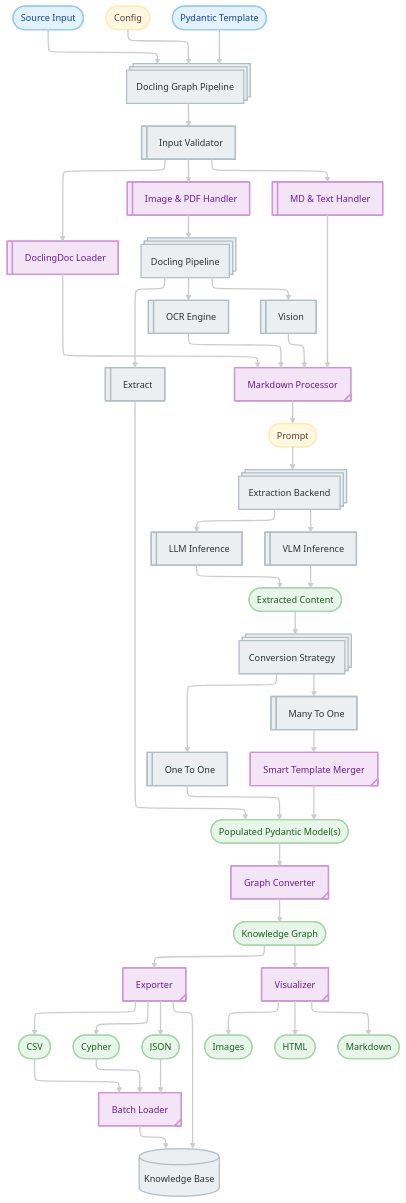
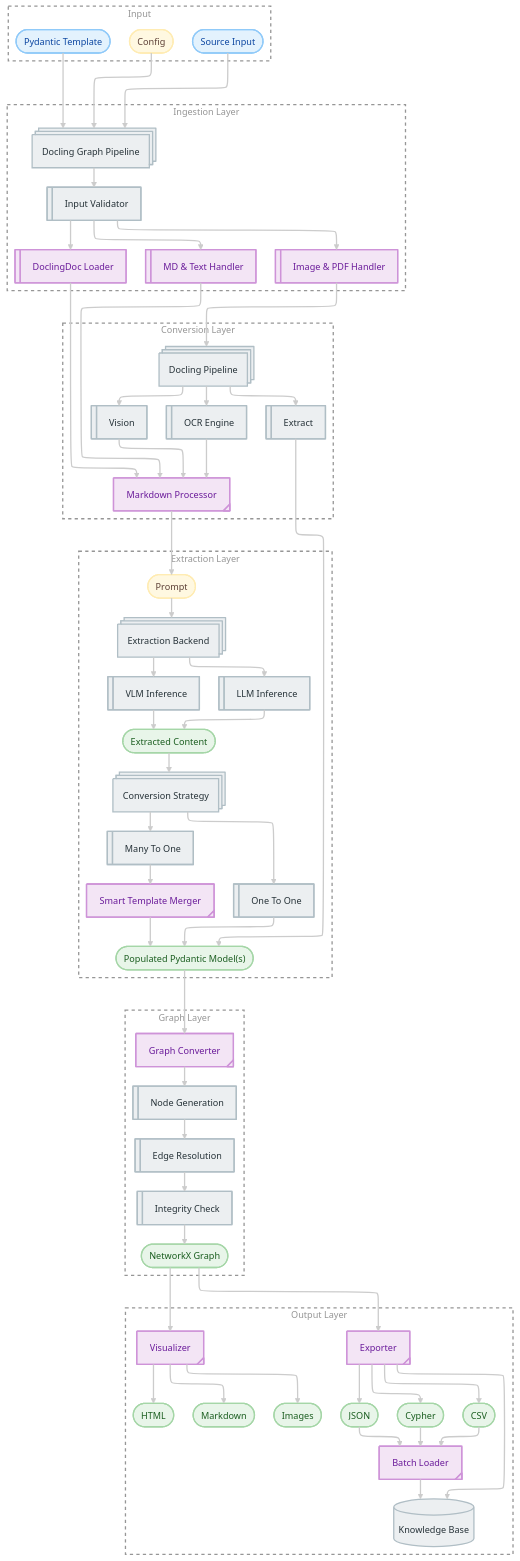
The diagram in docs/assets/flowcharts/architecture.md (IBM/docling-graph), drawn with Mermaid before and after one commit. The commit also changed 19 other files, not shown here.

````diff
--- a/docs/assets/flowcharts/architecture.md
+++ b/docs/assets/flowcharts/architecture.md
@@ -9,55 +9,74 @@
     classDef data fill:#EDE7F6,stroke:#B39DDB,color:#4527A0
     classDef operator fill:#F3E5F5,stroke:#CE93D8,color:#6A1B9A
     classDef process fill:#ECEFF1,stroke:#B0BEC5,color:#263238
+    
+    %% Transparent Subgraph Style
+    classDef subgraph_style fill:none,stroke:#969696,stroke-width:2px,stroke-dasharray: 5 5,color:#969696
 
-    %% 2. Define Nodes
-    A@{ shape: terminal, label: "Source Input" }
-    n2@{ shape: terminal, label: "Config" }
-    n3@{ shape: terminal, label: "Pydantic Template" }
+    %% 2. Define Nodes & Subgraphs
+    
+    subgraph S1 ["Input"]
+        A@{ shape: terminal, label: "Source Input" }
+        n2@{ shape: terminal, label: "Config" }
+        n3@{ shape: terminal, label: "Pydantic Template" }
+    end
 
-    n4@{ shape: procs, label: "Docling Graph Pipeline" }
-    n35@{ shape: lin-proc, label: "Input Validator" }
-    
-    %% HANDLERS
-    n37@{ shape: lin-proc, label: "Image & PDF Handler" }
-    n39@{ shape: lin-proc, label: "DoclingDoc Loader" }
-    n40@{ shape: lin-proc, label: "MD & Text Handler" }
+    subgraph S2 ["Ingestion Layer"]
+        n4@{ shape: procs, label: "Docling Graph Pipeline" }
+        n35@{ shape: lin-proc, label: "Input Validator" }
+        
+        %% HANDLERS
+        n37@{ shape: lin-proc, label: "Image & PDF Handler" }
+        n39@{ shape: lin-proc, label: "DoclingDoc Loader" }
+        n40@{ shape: lin-proc, label: "MD & Text Handler" }
+    end
 
-    %% Removed n5 (Extraction Factory)
+    subgraph S3 ["Conversion Layer"]
+        n6@{ shape: procs, label: "Docling Pipeline" }
+        %% Defined first to prioritize placement
+        n25@{ shape: lin-proc, label: "Extract" } 
+        n7@{ shape: lin-proc, label: "OCR Engine" }
+        n8@{ shape: lin-proc, label: "Vision" }
+        n9@{ shape: tag-proc, label: "Markdown Processor" }
+    end
 
-    n6@{ shape: procs, label: "Docling Pipeline" }
-    %% Defined first to prioritize placement
-    n25@{ shape: lin-proc, label: "Extract" } 
-    n7@{ shape: lin-proc, label: "OCR Engine" }
-    n8@{ shape: lin-proc, label: "Vision" }
-    n9@{ shape: tag-proc, label: "Markdown Processor" }
+    subgraph S4 ["Extraction Layer"]
+        n16@{ shape: terminal, label: "Prompt" }
+        n13@{ shape: procs, label: "Extraction Backend" }
+        n14@{ shape: lin-proc, label: "LLM Inference" }
+        n15@{ shape: lin-proc, label: "VLM Inference" }
+        n17@{ shape: terminal, label: "Extracted Content" }
+        n10@{ shape: procs, label: "Conversion Strategy" }
+        n11@{ shape: lin-proc, label: "One To One" }
+        n12@{ shape: lin-proc, label: "Many To One" }
+        n18@{ shape: tag-proc, label: "Smart Template Merger" }
+        n20@{ shape: terminal, label: "Populated Pydantic Model(s)" }
+    end
 
-    n16@{ shape: terminal, label: "Prompt" }
-    n13@{ shape: procs, label: "Extraction Backend" }
-    n14@{ shape: lin-proc, label: "LLM Inference" }
-    n15@{ shape: lin-proc, label: "VLM Inference" }
-    n17@{ shape: terminal, label: "Extracted Content" }
+    subgraph S6 ["Graph Layer"]
+        %% ENTRY POINT
+        n21@{ shape: tag-proc, label: "Graph Converter" }
+        
+        %% INTERNAL STEPS
+        n21a@{ shape: lin-proc, label: "Node Generation" }
+        n21b@{ shape: lin-proc, label: "Edge Resolution" }
+        n21c@{ shape: lin-proc, label: "Integrity Check" }
+        
+        n22@{ shape: terminal, label: "NetworkX Graph" }
+    end
 
-    n10@{ shape: procs, label: "Conversion Strategy" }
-    n11@{ shape: lin-proc, label: "One To One" }
-    n12@{ shape: lin-proc, label: "Many To One" }
-    n18@{ shape: tag-proc, label: "Smart Template Merger" }
-    n20@{ shape: terminal, label: "Populated Pydantic Model(s)" }
-
-    n21@{ shape: tag-proc, label: "Graph Converter" }
-    n22@{ shape: terminal, label: "Knowledge Graph" }
-
-    n23@{ shape: tag-proc, label: "Exporter" }
-    n29@{ shape: terminal, label: "CSV" }
-    n30@{ shape: terminal, label: "Cypher" }
-    n31@{ shape: terminal, label: "JSON" }
-    n34@{ shape: tag-proc, label: "Batch Loader" }
-    n33@{ shape: db, label: "Knowledge Base" }
-
-    n24@{ shape: tag-proc, label: "Visualizer" }
-    n28@{ shape: terminal, label: "Images" }
-    n27@{ shape: terminal, label: "HTML" }
-    n26@{ shape: terminal, label: "Markdown" }
+    subgraph S7 ["Output Layer"]
+        n23@{ shape: tag-proc, label: "Exporter" }
+        n29@{ shape: terminal, label: "CSV" }
+        n30@{ shape: terminal, label: "Cypher" }
+        n31@{ shape: terminal, label: "JSON" }
+        n34@{ shape: tag-proc, label: "Batch Loader" }
+        n33@{ shape: db, label: "Knowledge Base" }
+        n24@{ shape: tag-proc, label: "Visualizer" }
+        n28@{ shape: terminal, label: "Images" }
+        n27@{ shape: terminal, label: "HTML" }
+        n26@{ shape: terminal, label: "Markdown" }
+    end
 
     %% 3. Define Connections
     A & n2 & n3 --> n4
@@ -67,42 +86,48 @@
     n35 --> n37 & n39 & n40
     
     %% HANDLER CONNECTIONS
-    %% n37 (Image/PDF) -> n6 (Pipeline/OCR) -> n9 (Markdown)
     n37 --> n6
-    
-    %% n39 (Loader) & n40 (Text) -> Direct to n9 (Markdown)
     n39 --> n9
     n40 --> n9
     
-    %% n25 first to encourage left placement
+    %% Processing
     n6 --> n25 & n7 & n8
+    n7 & n8 --> n9
     
-    n7 & n8 --> n9
+    %% Extraction
     n9 --> n16
     n16 --> n13
-    
     n13 --> n14 & n15
     n14 & n15 --> n17
     n17 --> n10
     
+    %% Strategy
     n10 --> n11 & n12
     n12 --> n18
     n11 & n18 & n25 --> n20
     
+    %% Graph (Updated Flow)
     n20 --> n21
-    n21 --> n22
+    n21 --> n21a
+    n21a --> n21b
+    n21b --> n21c
+    n21c --> n22
     n22 --> n23 & n24
     
+    %% Export
     n23 --> n29 & n30 & n31 & n33
     n29 & n30 & n31 --> n34
     n34 --> n33
     
+    %% Visuals
     n24 --> n28 & n27 & n26
 
     %% 4. Apply Classes
     class A,n3 input
     class n2,n16 config
     class n4,n35,n6,n7,n8,n25,n13,n14,n15,n10,n11,n12,n33 process
+    class n21a,n21b,n21c process
     class n37,n39,n40,n9,n18,n21,n23,n34,n24 operator
     class n17,n20,n22,n29,n30,n31,n28,n27,n26 output
+    class S1,S2,S3,S4,S5,S6,S7,S8 subgraph_style
 ```
````
